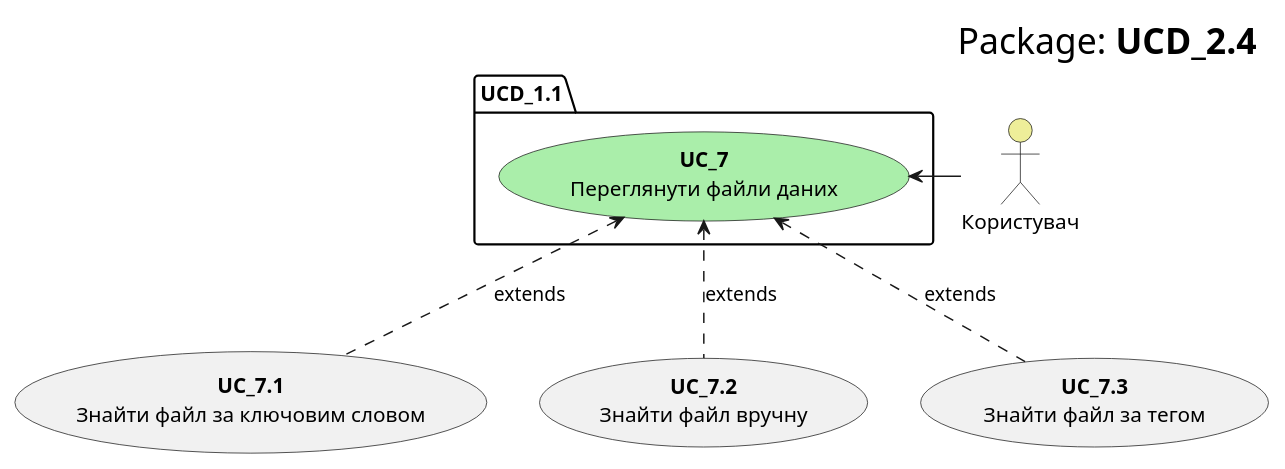
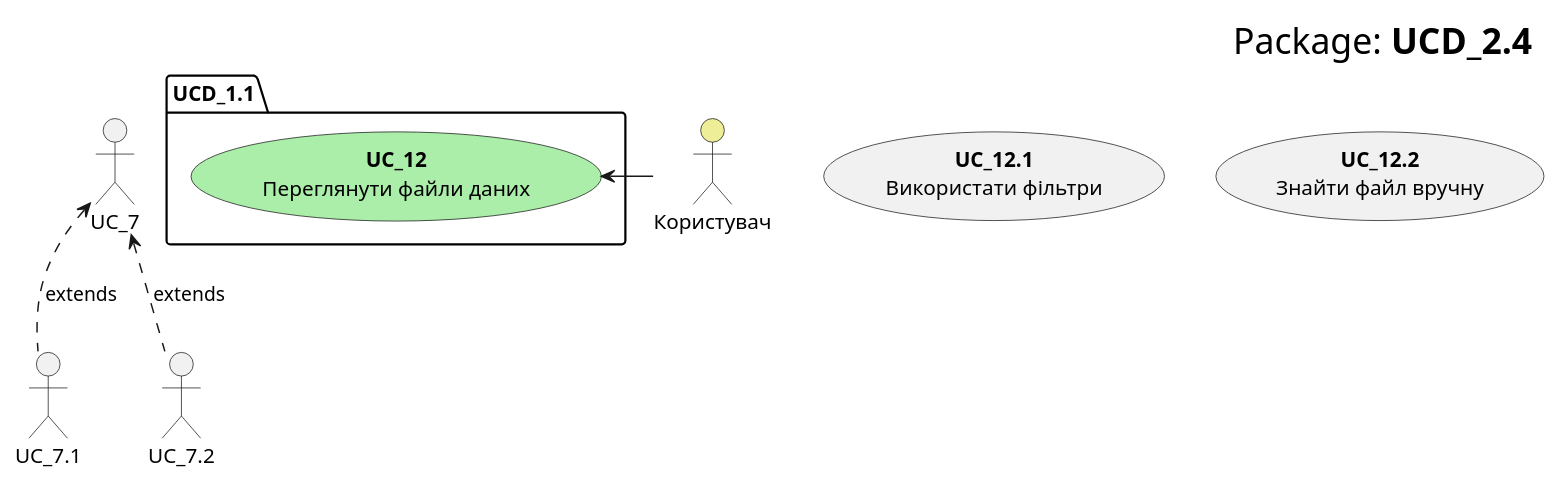
Before and after one commit to KarmazinN/db_open_data: the diagram in src/uml/usecase27.puml, drawn with PlantUML.

```diff
--- a/src/uml/usecase27.puml
+++ b/src/uml/usecase27.puml
@@ -1,20 +1,19 @@
 @startuml
     right header
         <font size=24 color=black>Package:<b> UCD_2.4
     end header
 
     package UCD_1.1 {
-        usecase "<b>UC_7</b>\nПереглянути файли даних" as UC_7 #aaeeaa
+        usecase "<b>UC_12</b>\nПереглянути файли даних" as UC_12 #aaeeaa
     }
     
     actor "Користувач" as User #eeee99
-    User -l-> UC_7
+    User -l-> UC_12
     
-    usecase "<b>UC_7.1</b>\nЗнайти файл за ключовим словом" as UC_7.1
-    usecase "<b>UC_7.2</b>\nЗнайти файл вручну" as UC_7.2
-    usecase "<b>UC_7.3</b>\nЗнайти файл за тегом" as UC_7.3
+    usecase "<b>UC_12.1</b>\nВикористати фільтри" as UC_12.1
+    usecase "<b>UC_12.2</b>\nЗнайти файл вручну" as UC_12.2
+
     
     UC_7.1 .u.> UC_7: extends
     UC_7.2 .u.> UC_7: extends
-    UC_7.3 .u.> UC_7: extends
 @enduml
```
